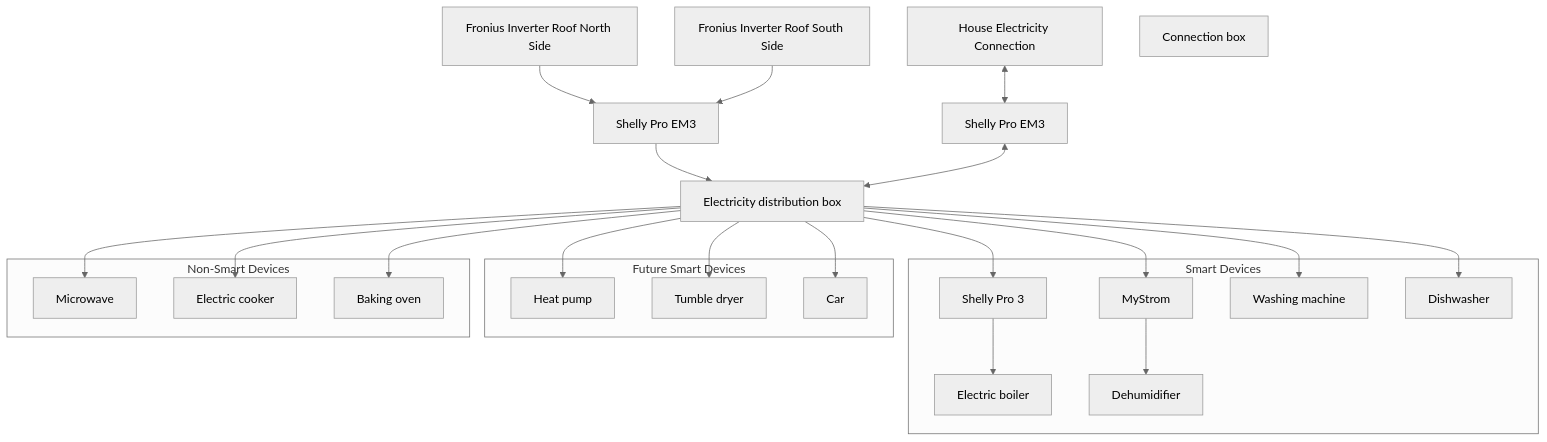
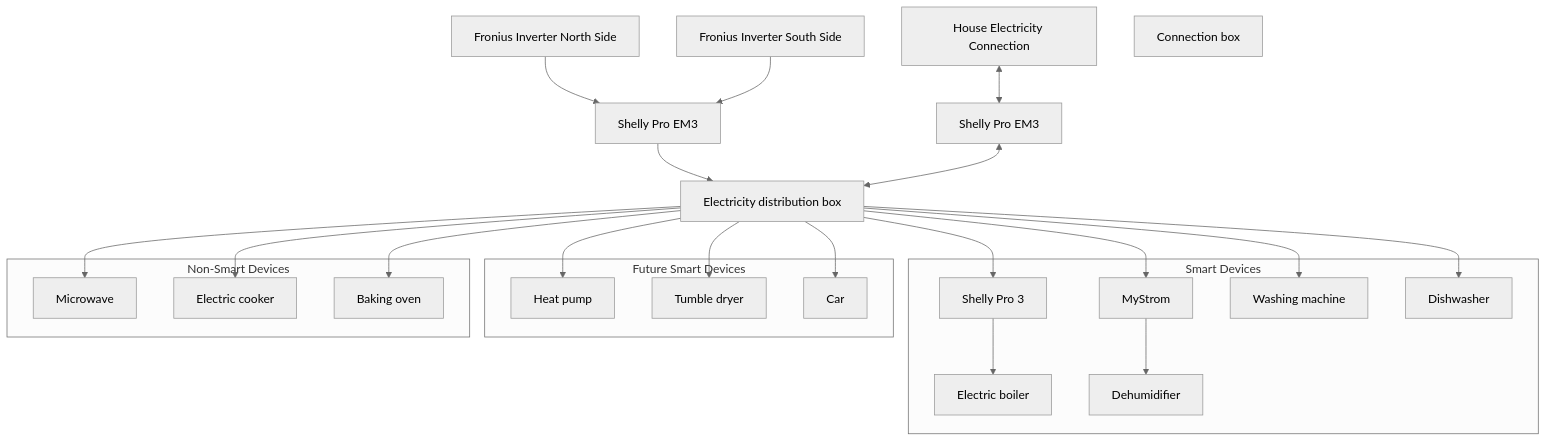
One commit to hoinmic/pv_openhab changed the first of 2 diagrams in README.md. Above: the diagram before and after it, drawn with Mermaid (neutral theme). The commit also changed other lines of this file, not shown here.

````diff
--- a/README.md
+++ b/README.md
@@ -87,70 +87,70 @@
 ```mermaid
 graph TD
-A[Fronius Inverter Roof North Side]
-B[Fronius Inverter Roof South Side]
+A[Fronius Inverter North Side]
+B[Fronius Inverter South Side]
 C[Shelly Pro EM3]
 
 F[House Electricity Connection]
 G[Shelly Pro EM3]
 
 J[Electricity distribution box]
 
 O[Shelly Pro 3]
 P[Electric boiler]
 
 S[MyStrom]
 T[Dehumidifier]
 
 U[Heat pump]
 
 M[Connection box]
 V[Washing machine]
 W[Tumble dryer]
 
 
 N[Microwave]
 X[Electric cooker]
 Y[Baking oven]
 Z[Dishwasher]
 CAR[Car]
 
 A --> C
 B --> C
 C --> J
 
 F <--> G
 G <--> J
 
 J --> O
 J --> S
 J --> V
 J --> Z
 
 subgraph Smart Devices
     O --> P
     S --> T
     V
     Z
 end
 
 J --> U
 J --> W
 J --> CAR
 
 subgraph Future Smart Devices
     U
     V
     W
     Z
     CAR
 end
 
 J --> N
 J --> X
 J --> Y
 subgraph Non-Smart Devices
     N
     X
     Y
 end
 ```
````
